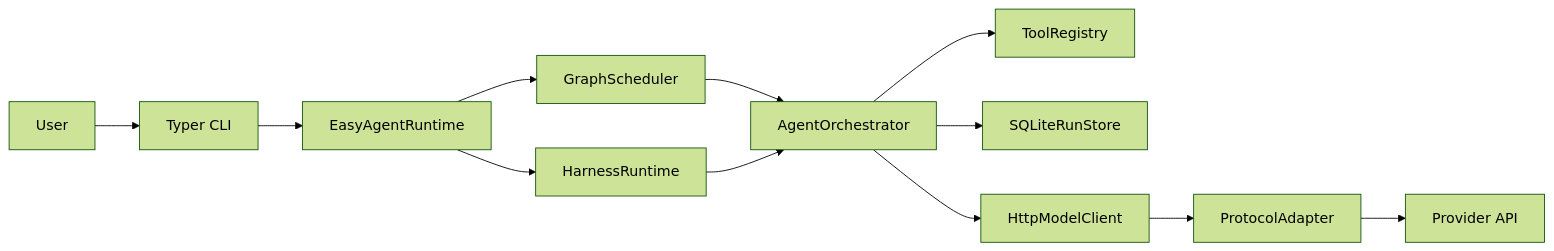
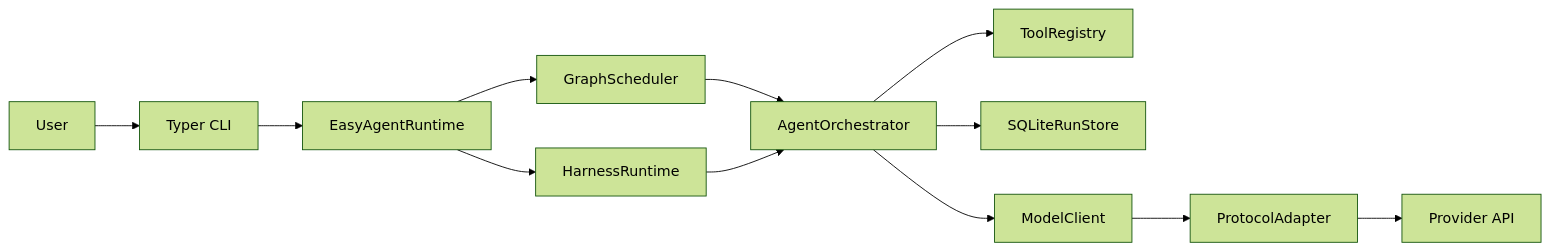
The diagram in README.md (yuazera/easy-agent), drawn with Mermaid (forest theme) before and after one commit. The commit also changed other lines of this file and 20 other files, not shown here.

````diff
--- a/README.md
+++ b/README.md
@@ -107,14 +108,14 @@
 ```mermaid
 flowchart LR
     User[User] --> CLI[Typer CLI]
     CLI --> Runtime[EasyAgentRuntime]
     Runtime --> Scheduler[GraphScheduler]
     Runtime --> Harness[HarnessRuntime]
     Scheduler --> Orchestrator[AgentOrchestrator]
     Harness --> Orchestrator
     Orchestrator --> Registry[ToolRegistry]
     Orchestrator --> Store[SQLiteRunStore]
-    Orchestrator --> Client[HttpModelClient]
+    Orchestrator --> Client[ModelClient]
     Client --> Adapter[ProtocolAdapter]
     Adapter --> Provider[Provider API]
 ```
````
